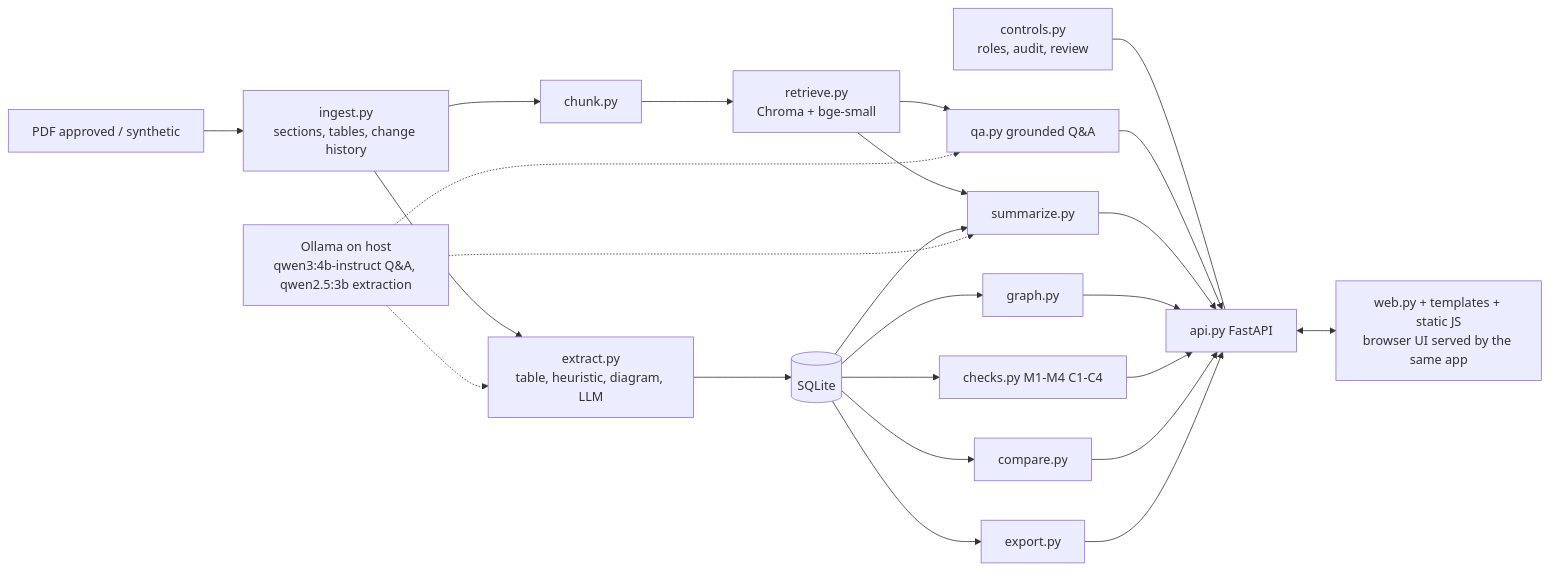
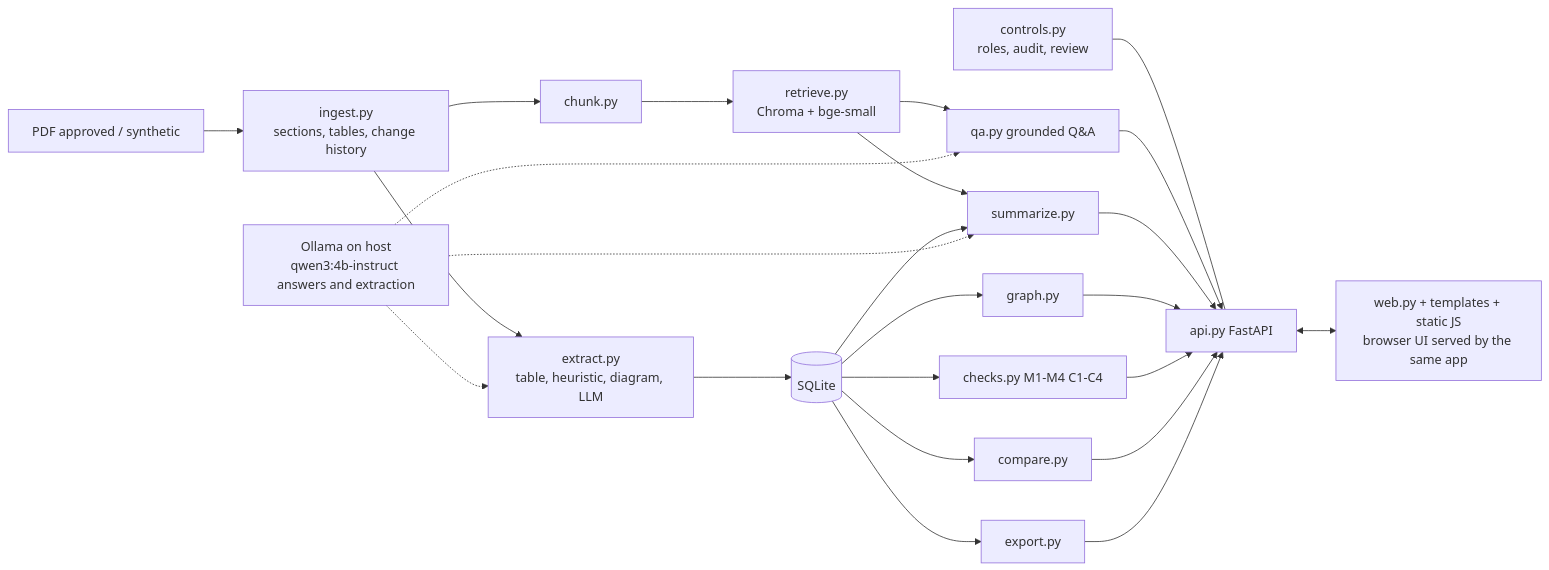
One commit to sai-chakrith/HLD-assistant changed the diagram in README.md. Above: the diagram before and after it, drawn with Mermaid. The commit also changed other lines of this file and 32 other files, not shown here.

Commit message:
Unify Qwen model and verify extraction, OCR and section answers

````diff
--- a/README.md
+++ b/README.md
@@ -45,14 +55,14 @@
 ```mermaid
 flowchart LR
   PDF[PDF approved / synthetic] --> ING[ingest.py<br/>sections, tables, change history]
   ING --> CH[chunk.py] --> RET[retrieve.py<br/>Chroma + bge-small]
   ING --> EXT[extract.py<br/>table, heuristic, diagram, LLM]
   EXT --> DB[(SQLite)]
   DB --> GR[graph.py] & CHK[checks.py M1-M4 C1-C4] & CMP[compare.py] & EXP[export.py]
   RET --> QA[qa.py grounded Q&A] & SUM[summarize.py]
   DB --> SUM
-  LLM[Ollama on host<br/>qwen3:4b-instruct Q&A, qwen2.5:3b extraction] -.-> QA & SUM & EXT
+  LLM[Ollama on host<br/>qwen3:4b-instruct answers and extraction] -.-> QA & SUM & EXT
   CTRL[controls.py<br/>roles, audit, review] --- API
   QA & SUM & GR & CHK & CMP & EXP --> API[api.py FastAPI]
   API <--> UI[web.py + templates + static JS<br/>browser UI served by the same app]
 ```
````
